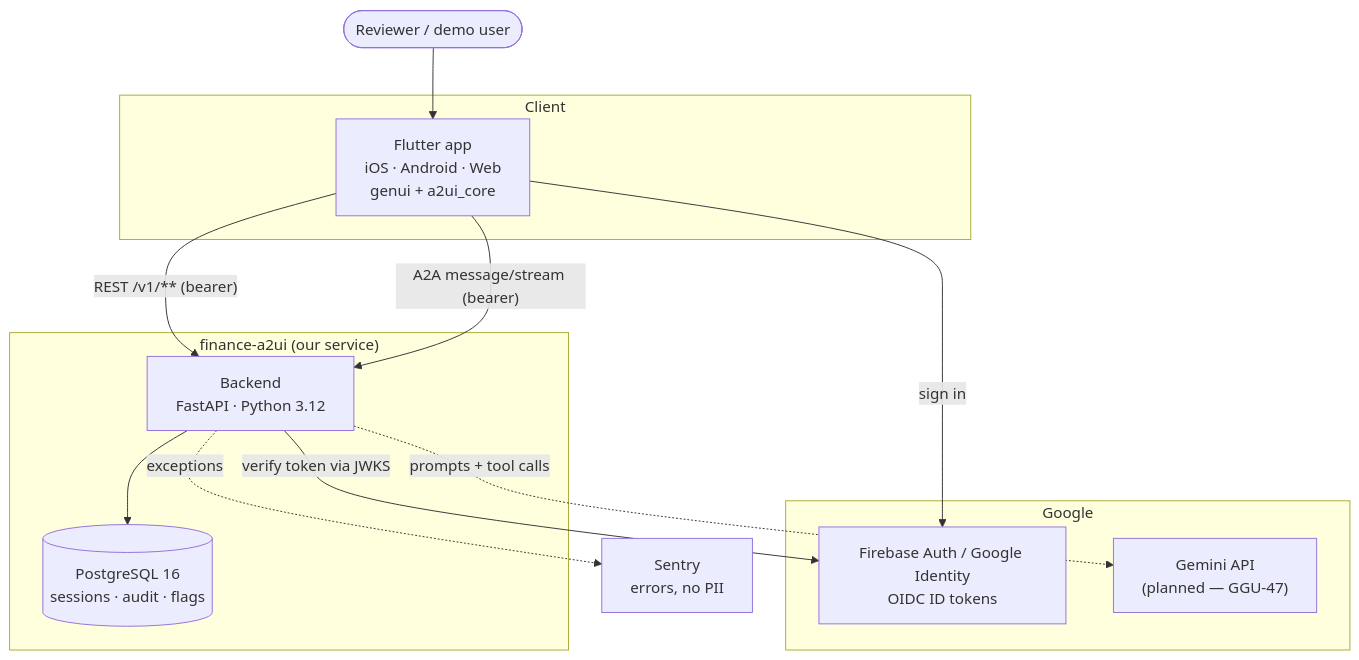
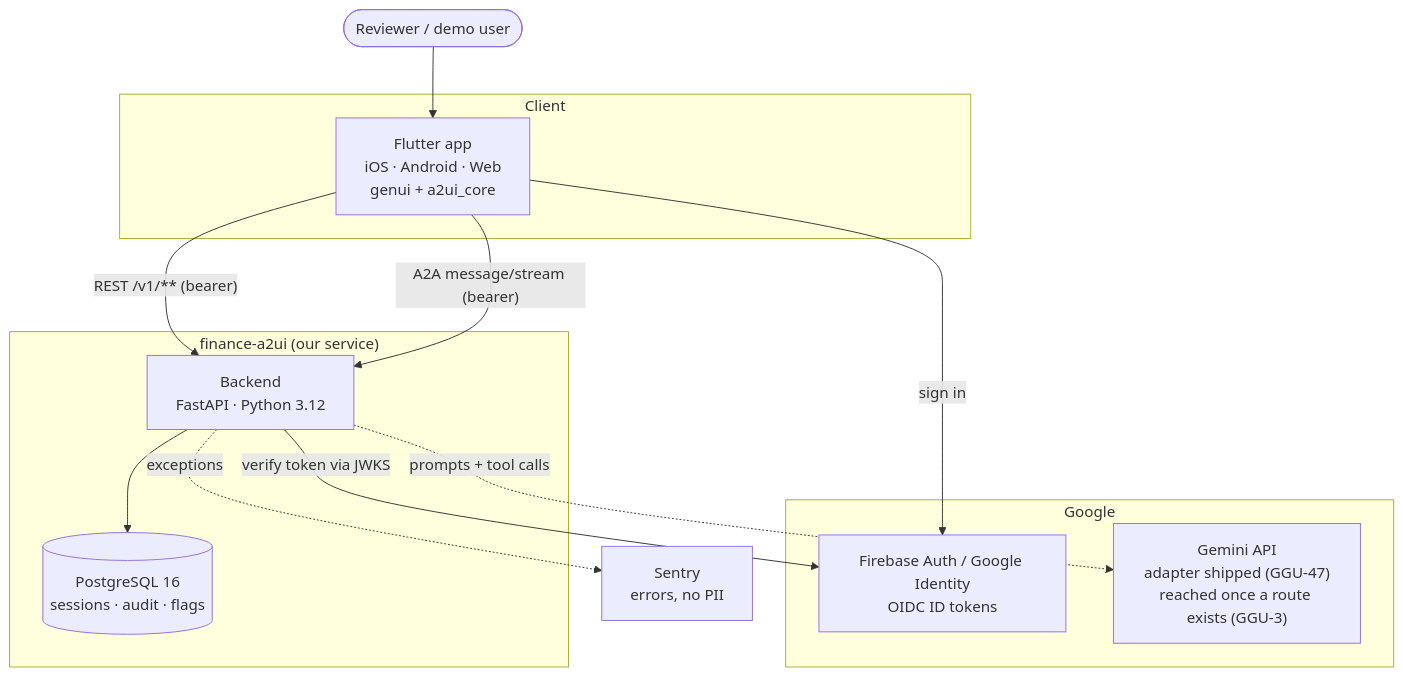
One commit to somnio-projects/finance-google-a2ui changed the diagram in docs/diagrams/01-system-context.md. Above: the diagram before and after it, drawn with Mermaid. The commit also changed 5 other files, not shown here.

````diff
--- a/docs/diagrams/01-system-context.md
+++ b/docs/diagrams/01-system-context.md
@@ -5,28 +5,28 @@
 ```mermaid
 flowchart TB
     user(["Reviewer / demo user"])
     subgraph client["Client"]
         flutter["Flutter app<br/>iOS · Android · Web<br/>genui + a2ui_core"]
     end
     subgraph ours["finance-a2ui (our service)"]
         api["Backend<br/>FastAPI · Python 3.12"]
         db[("PostgreSQL 16<br/>sessions · audit · flags")]
     end
     subgraph google["Google"]
         idp["Firebase Auth / Google Identity<br/>OIDC ID tokens"]
-        gemini["Gemini API<br/>(planned — GGU-47)"]
+        gemini["Gemini API<br/>adapter shipped (GGU-47)<br/>reached once a route exists (GGU-3)"]
     end
     sentry["Sentry<br/>errors, no PII"]
 
     user --> flutter
     flutter -- "REST /v1/** (bearer)" --> api
     flutter -- "A2A message/stream (bearer)" --> api
     flutter -- "sign in" --> idp
     api -- "verify token via JWKS" --> idp
     api --> db
     api -. "prompts + tool calls" .-> gemini
     api -. "exceptions" .-> sentry
 
     %% Two surfaces on one service is ADR-J; the client uses REST for reads
     %% and A2A only for the conversation.
 ```
````
